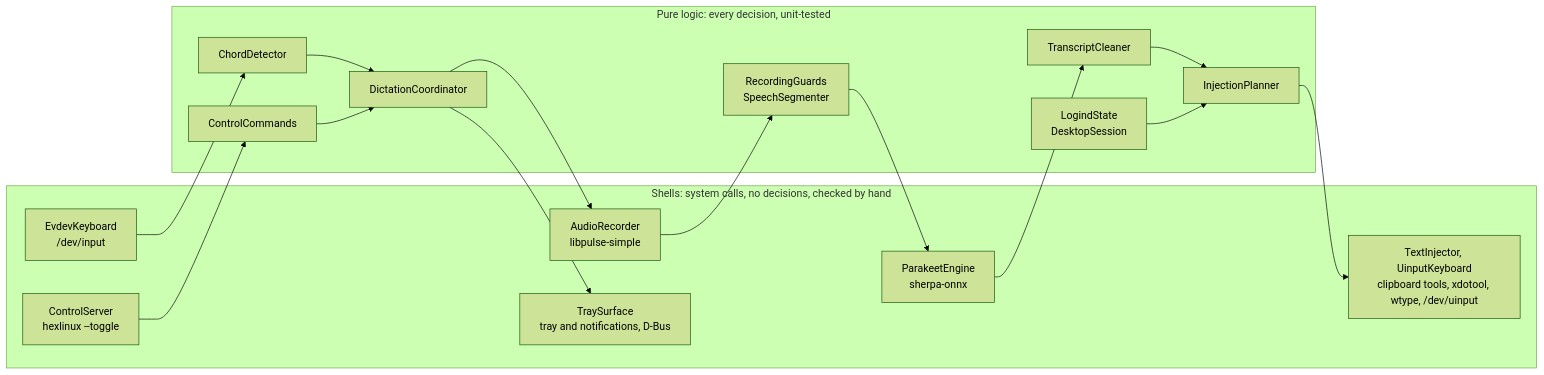
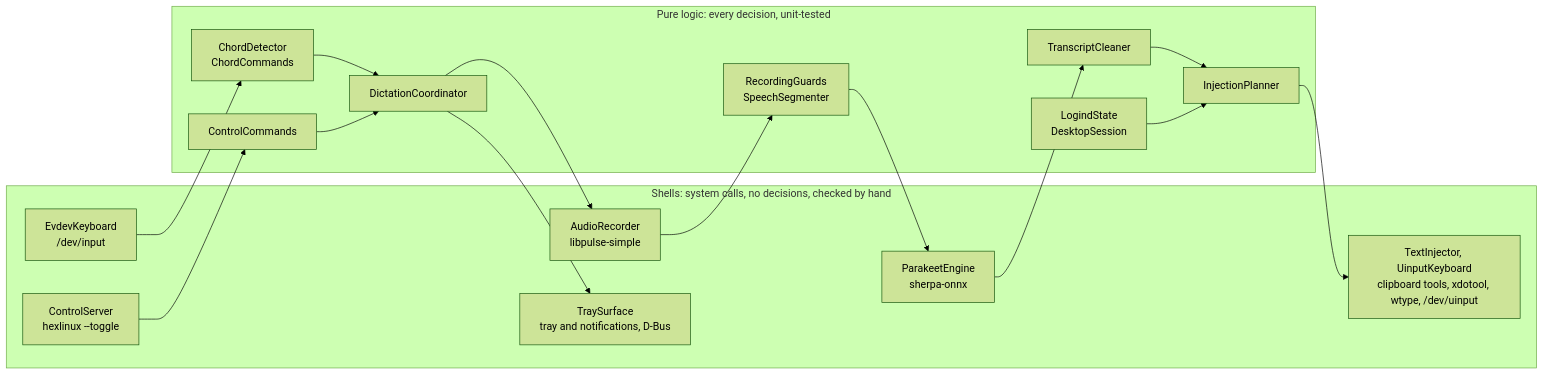
One commit to legb78/hex_linux changed the diagram in README.md. Above: the diagram before and after it, drawn with Mermaid (forest theme). The commit also changed other lines of this file and 64 other files, not shown here.

````diff
--- a/README.md
+++ b/README.md
@@ -354,25 +391,25 @@
 ```mermaid
 flowchart LR
   subgraph shells["Shells: system calls, no decisions, checked by hand"]
     keyboard["EvdevKeyboard<br/>/dev/input"]
     socket["ControlServer<br/>hexlinux --toggle"]
     mic["AudioRecorder<br/>libpulse-simple"]
     engine["ParakeetEngine<br/>sherpa-onnx"]
     injector["TextInjector, UinputKeyboard<br/>clipboard tools, xdotool, wtype, /dev/uinput"]
     tray["TraySurface<br/>tray and notifications, D-Bus"]
   end
   subgraph pure["Pure logic: every decision, unit-tested"]
-    chord["ChordDetector"]
+    chord["ChordDetector<br/>ChordCommands"]
     commands["ControlCommands"]
     coordinator["DictationCoordinator"]
     guards["RecordingGuards<br/>SpeechSegmenter"]
     cleaner["TranscriptCleaner"]
     planner["InjectionPlanner"]
     session["LogindState<br/>DesktopSession"]
   end
   keyboard --> chord --> coordinator
   socket --> commands --> coordinator
   coordinator --> mic --> guards --> engine --> cleaner --> planner --> injector
   session --> planner
   coordinator --> tray
 ```
````
